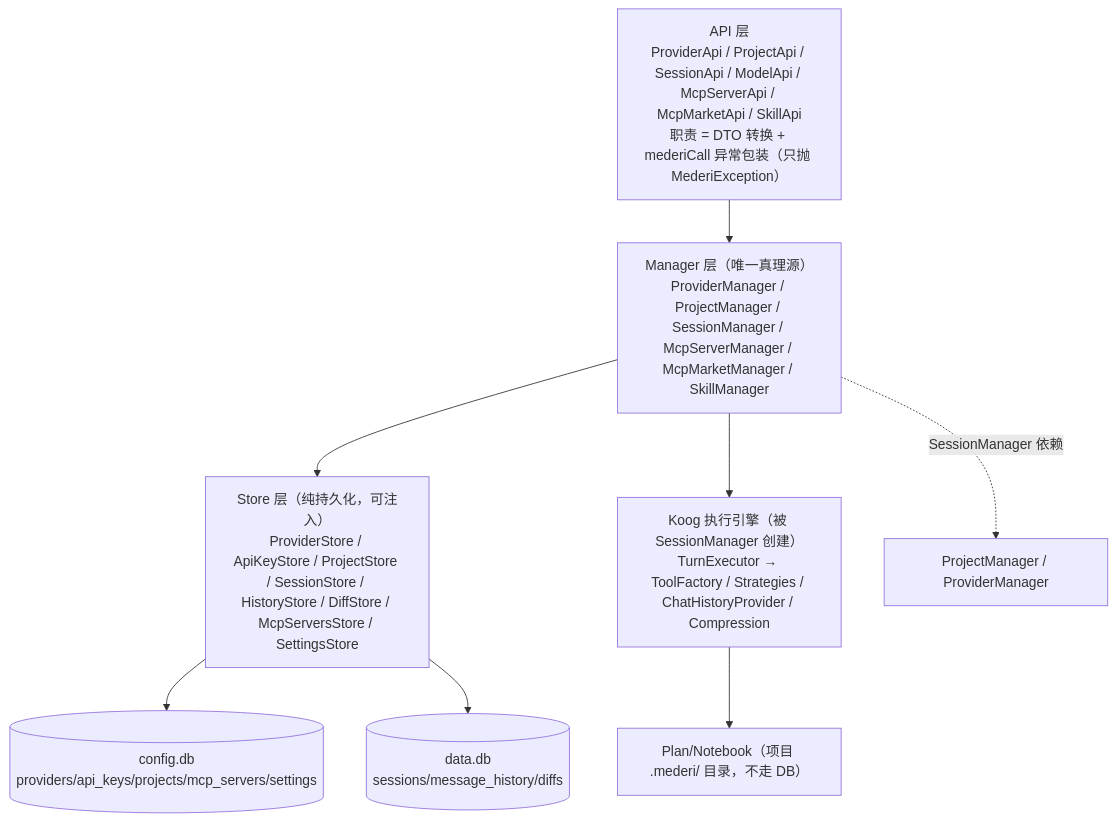
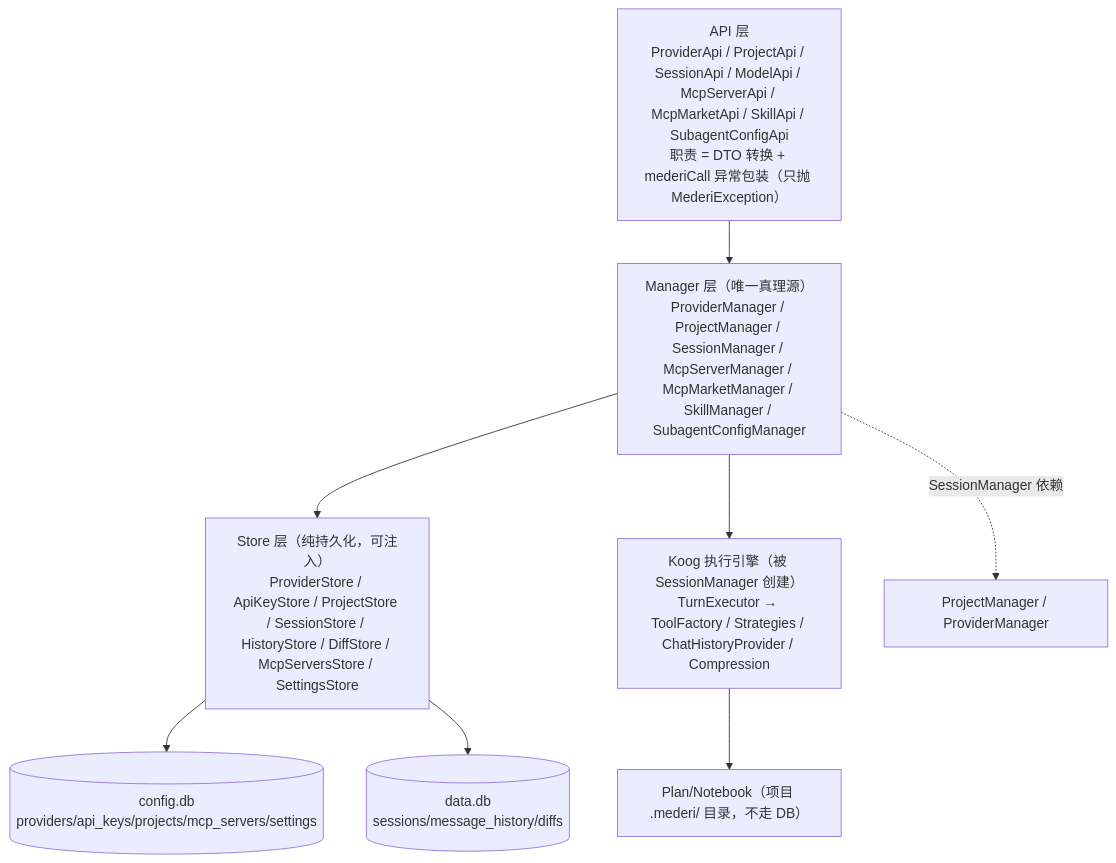
Before and after one commit to lzdev42/mederi: the second of 2 diagrams in docs/architecture/00-overview.md, drawn with Mermaid. The commit also changed other lines of this file and 75 other files, not shown here.

````diff
--- a/docs/architecture/00-overview.md
+++ b/docs/architecture/00-overview.md
@@ -127,18 +130,18 @@
 ```mermaid
 flowchart TD
-    A["API 层<br/>ProviderApi / ProjectApi / SessionApi / ModelApi / McpServerApi / McpMarketApi / SkillApi<br/>职责 = DTO 转换 + mederiCall 异常包装（只抛 MederiException）"]
-    M["Manager 层（唯一真理源）<br/>ProviderManager / ProjectManager / SessionManager / McpServerManager / McpMarketManager / SkillManager"]
+    A["API 层<br/>ProviderApi / ProjectApi / SessionApi / ModelApi / McpServerApi / McpMarketApi / SkillApi / SubagentConfigApi<br/>职责 = DTO 转换 + mederiCall 异常包装（只抛 MederiException）"]
+    M["Manager 层（唯一真理源）<br/>ProviderManager / ProjectManager / SessionManager / McpServerManager / McpMarketManager / SkillManager / SubagentConfigManager"]
     S["Store 层（纯持久化，可注入）<br/>ProviderStore / ApiKeyStore / ProjectStore / SessionStore / HistoryStore / DiffStore / McpServersStore / SettingsStore"]
     T["Koog 执行引擎（被 SessionManager 创建）<br/>TurnExecutor → ToolFactory / Strategies / ChatHistoryProvider / Compression"]
     P["Plan/Notebook（项目 .mederi/ 目录，不走 DB）"]
     DB[("config.db<br/>providers/api_keys/projects/mcp_servers/settings")]
     DB2[("data.db<br/>sessions/message_history/diffs")]
 
     A --> M
     M --> S
     M -.SessionManager 依赖.-> M2["ProjectManager / ProviderManager"]
     M --> T
     T --> P
     S --> DB
     S --> DB2
 ```
````
